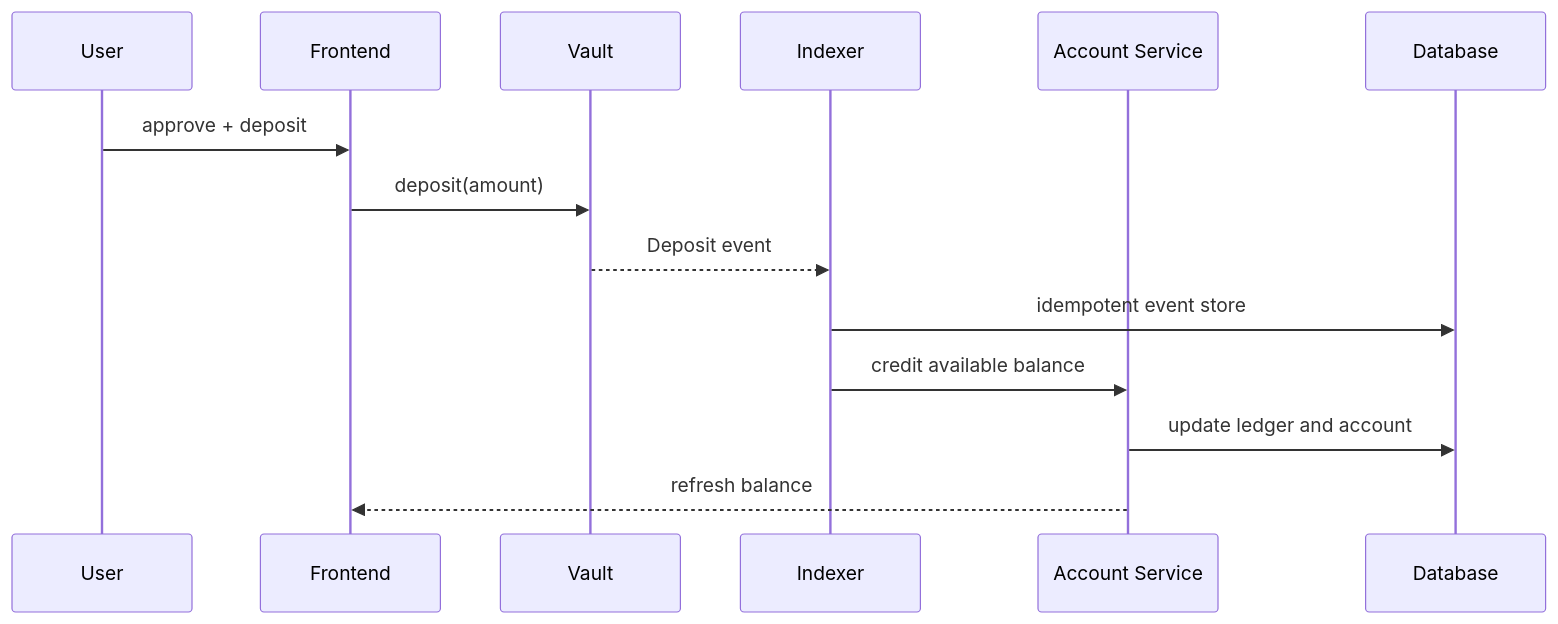
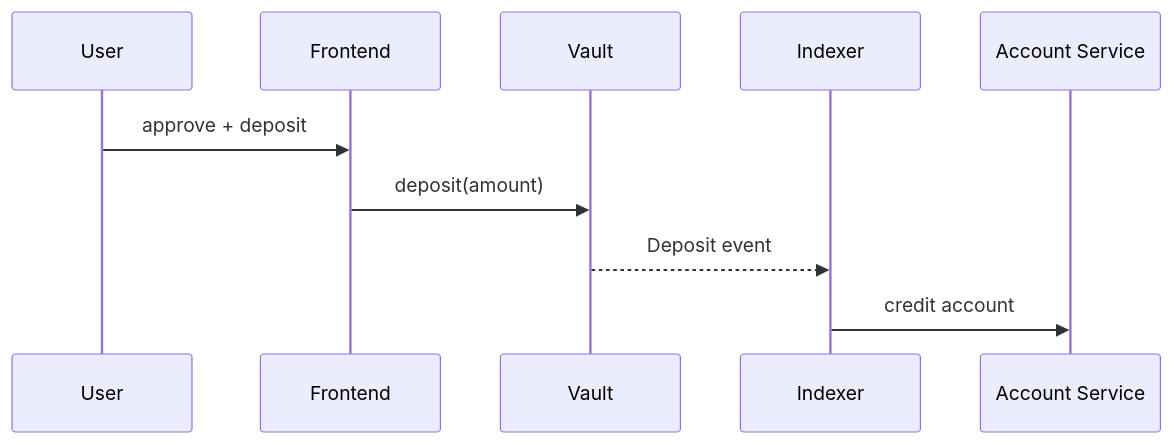
One commit to AboAuther/RGPerp changed the third of 6 diagrams in Architecture.md. Above: the diagram before and after it, drawn with Mermaid. The commit also changed other lines of this file and 18 other files, not shown here.

````diff
--- a/Architecture.md
+++ b/Architecture.md
@@ -300,17 +216,13 @@
 ```mermaid
 sequenceDiagram
     participant U as User
     participant FE as Frontend
     participant V as Vault
     participant IDX as Indexer
     participant ACC as Account Service
-    participant DB as Database
 
     U->>FE: approve + deposit
     FE->>V: deposit(amount)
     V-->>IDX: Deposit event
-    IDX->>DB: idempotent event store
-    IDX->>ACC: credit available balance
-    ACC->>DB: update ledger and account
-    ACC-->>FE: refresh balance
+    IDX->>ACC: credit account
 ```
````
